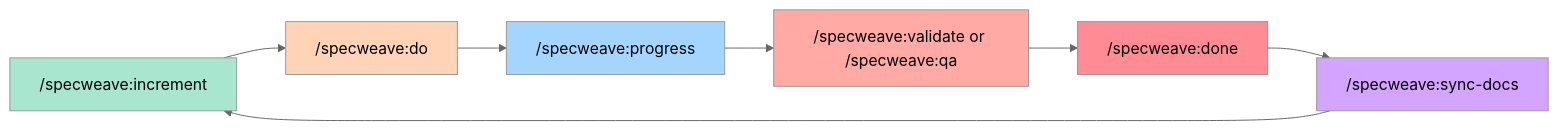
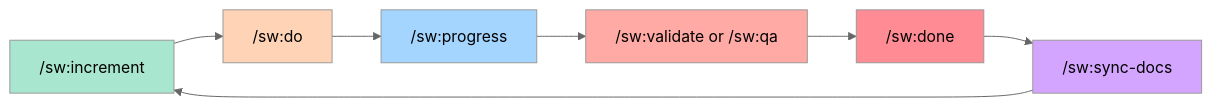
Before and after one commit to anton-abyzov/specweave: the diagram in .specweave/docs/public/commands/overview.md, drawn with Mermaid (neutral theme). The commit also changed other lines of this file and 32 other files, not shown here.

````diff
--- a/.specweave/docs/public/commands/overview.md
+++ b/.specweave/docs/public/commands/overview.md
@@ -15,16 +15,16 @@
 ```mermaid
 graph LR
-    A["/specweave:increment"] --> B["/specweave:do"]
-    B --> C["/specweave:progress"]
-    C --> D["/specweave:validate or /specweave:qa"]
-    D --> E["/specweave:done"]
-    E --> F["/specweave:sync-docs"]
+    A["/sw:increment"] --> B["/sw:do"]
+    B --> C["/sw:progress"]
+    C --> D["/sw:validate or /sw:qa"]
+    D --> E["/sw:done"]
+    E --> F["/sw:sync-docs"]
     F --> A
 
     style A fill:#a8e6cf
     style B fill:#ffd3b6
     style C fill:#a3d5ff
     style D fill:#ffaaa5
     style E fill:#ff8b94
     style F fill:#d4a5ff
 ```
````
